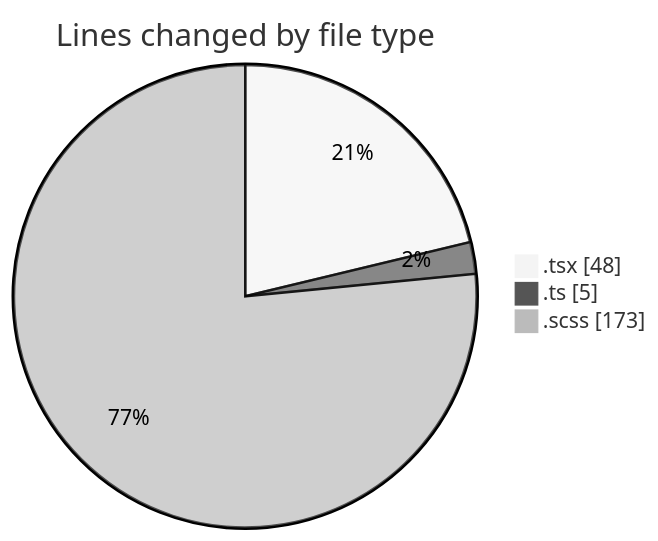
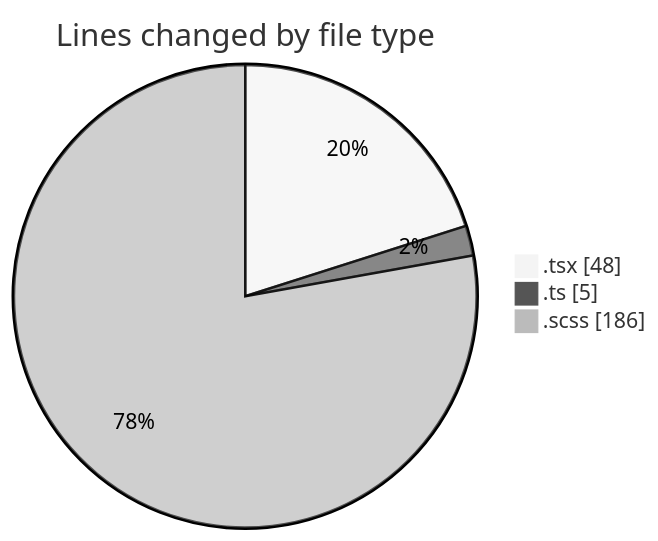
Before and after one commit to momahboobian/code-tracking: the first of 2 diagrams in 2025-02-28/cda/README.md, drawn with Mermaid (neutral theme). The commit also changed other lines of this file and 1 other file, not shown here.

````diff
--- a/2025-02-28/cda/README.md
+++ b/2025-02-28/cda/README.md
@@ -24,7 +24,7 @@
 ```mermaid
 pie showData
 title Lines changed by file type
 ".tsx" : 48
 ".ts" : 5
-".scss" : 173
+".scss" : 186
 ```
````
